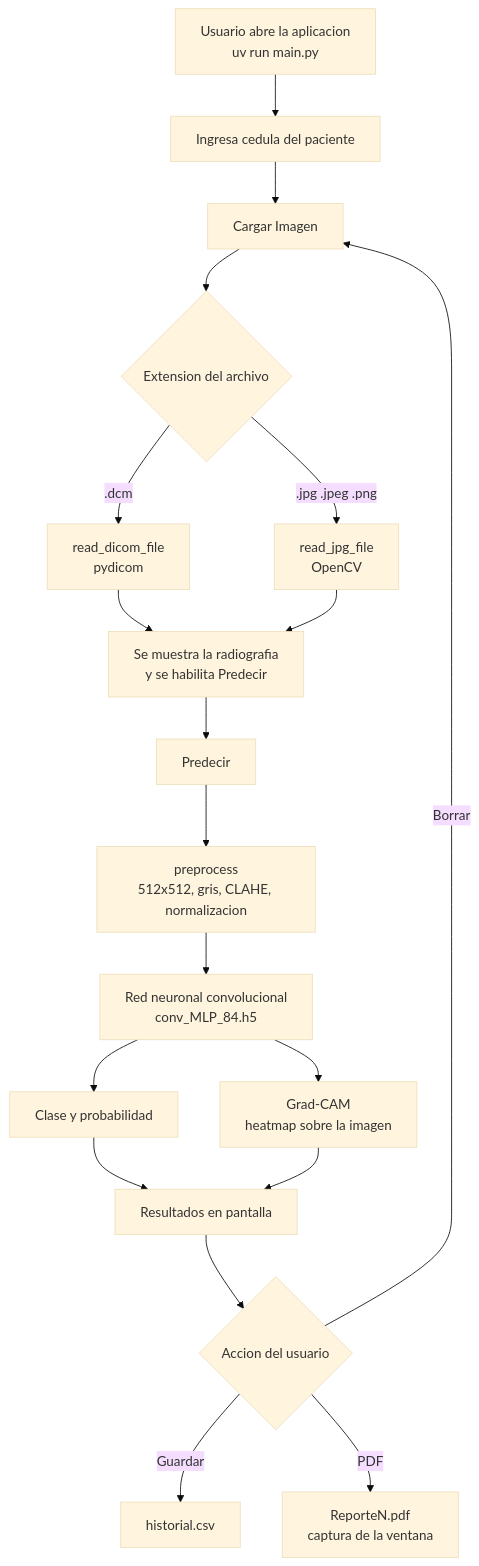
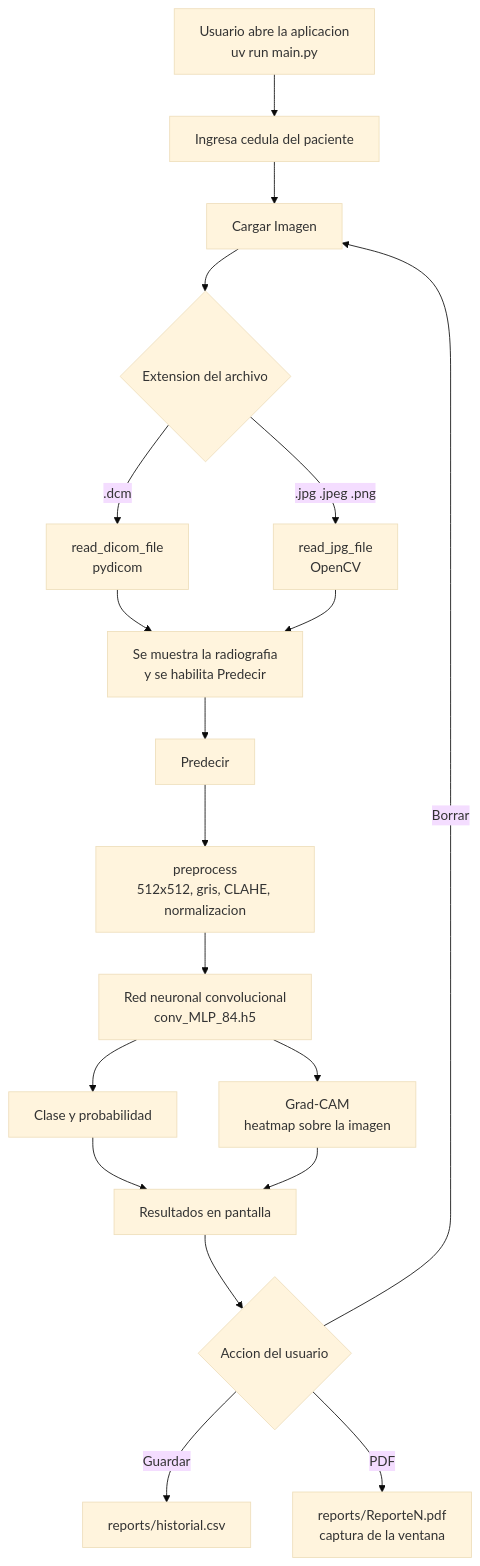
Before and after one commit to yeigen/UAO-Neumonia: the second of 3 diagrams in README.md, drawn with Mermaid (base theme). The commit also changed other lines of this file and 7 other files, not shown here.

````diff
--- a/README.md
+++ b/README.md
@@ -164,21 +166,21 @@
 ```mermaid
 flowchart TD
     A[Usuario abre la aplicacion<br>uv run main.py] --> B[Ingresa cedula del paciente]
     B --> C[Cargar Imagen]
     C --> D{Extension del archivo}
     D -- .dcm --> E[read_dicom_file<br>pydicom]
     D -- .jpg .jpeg .png --> F[read_jpg_file<br>OpenCV]
     E --> G[Se muestra la radiografia<br>y se habilita Predecir]
     F --> G
     G --> H[Predecir]
     H --> I[preprocess<br>512x512, gris, CLAHE, normalizacion]
     I --> J[Red neuronal convolucional<br>conv_MLP_84.h5]
     J --> K[Clase y probabilidad]
     J --> L[Grad-CAM<br>heatmap sobre la imagen]
     K --> M[Resultados en pantalla]
     L --> M
     M --> N{Accion del usuario}
-    N -- Guardar --> O[historial.csv]
-    N -- PDF --> P[ReporteN.pdf<br>captura de la ventana]
+    N -- Guardar --> O[reports/historial.csv]
+    N -- PDF --> P[reports/ReporteN.pdf<br>captura de la ventana]
     N -- Borrar --> C
 ```
````
